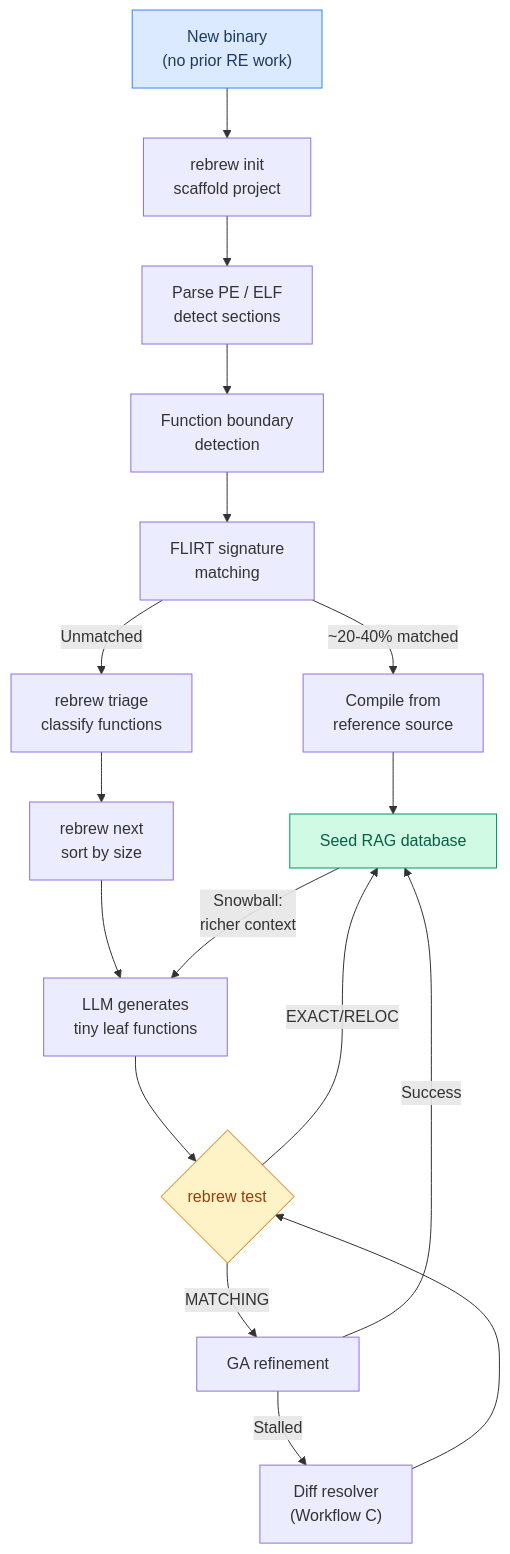
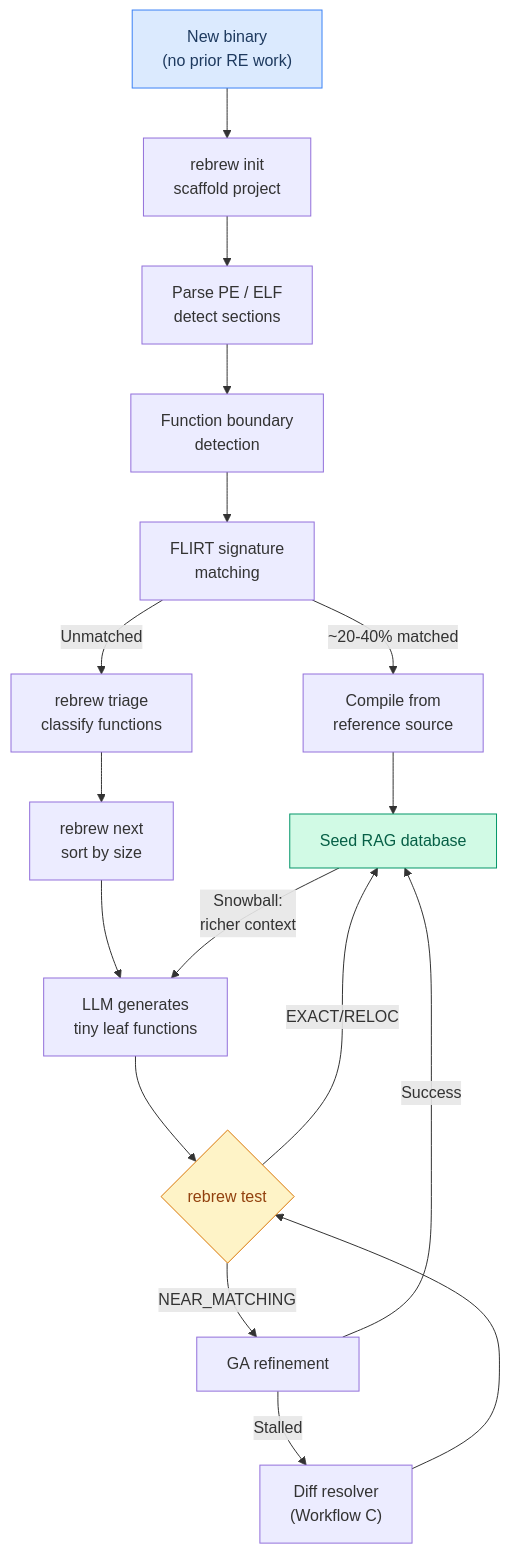
The tenth of 16 diagrams in docs/USER_STORIES.md (maci0/rebrew), drawn with Mermaid before and after one commit. The commit also changed other lines of this file and 81 other files, not shown here.

````diff
--- a/docs/USER_STORIES.md
+++ b/docs/USER_STORIES.md
@@ -328,23 +328,23 @@
 ```mermaid
 graph TD
     A["New binary<br/>(no prior RE work)"] --> Init["rebrew init<br/>scaffold project"]
     Init --> B["Parse PE / ELF<br/>detect sections"]
     B --> C["Function boundary<br/>detection"]
     C --> D["FLIRT signature<br/>matching"]
     D -->|"~20-40% matched"| E["Compile from<br/>reference source"]
     D -->|"Unmatched"| F["rebrew triage<br/>classify functions"]
     E --> G["Seed RAG database"]
     F --> H["rebrew next<br/>sort by size"]
     H --> I["LLM generates<br/>tiny leaf functions"]
     I --> J{"rebrew test"}
     J -->|"EXACT/RELOC"| G
-    J -->|"MATCHING"| K["GA refinement"]
+    J -->|"NEAR_MATCHING"| K["GA refinement"]
     K -->|Success| G
     K -->|Stalled| L["Diff resolver<br/>(Workflow C)"]
     L --> J
     G -->|"Snowball:<br/>richer context"| I
 
     style A fill:#dbeafe,stroke:#3b82f6,color:#1e3a5f
     style G fill:#d1fae5,stroke:#059669,color:#065f46
     style J fill:#fef3c7,stroke:#d97706,color:#92400e
 ```
````
